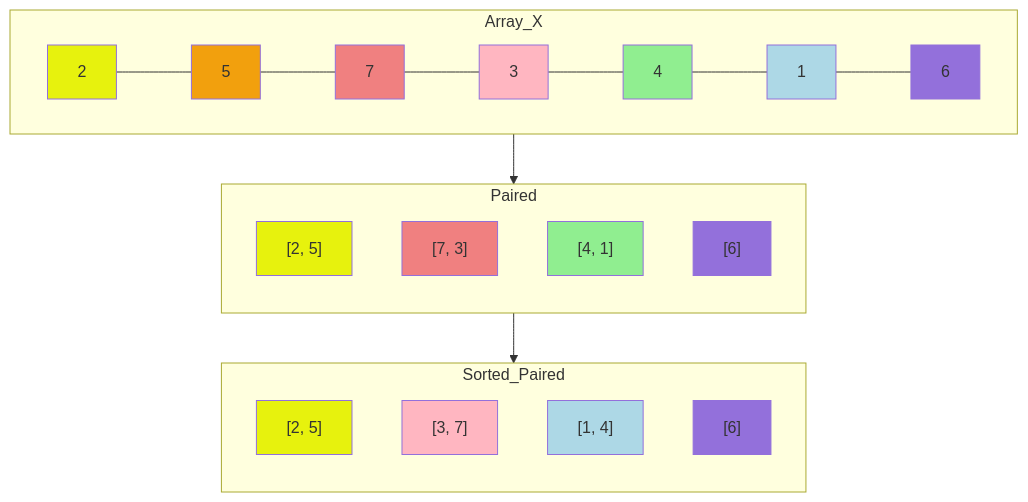
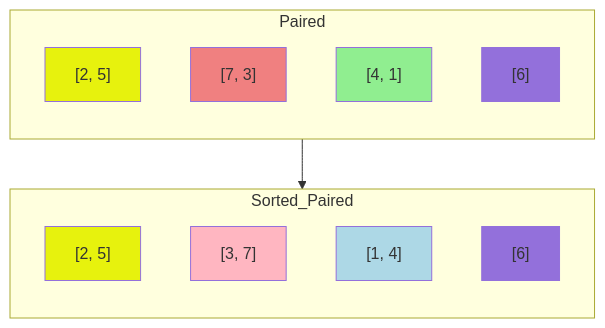
One commit to Tablerase/42_Projects changed the second of 4 diagrams in Projects/CPP_Modules/cpp-exercices.md. Above: the diagram before and after it, drawn with Mermaid. The commit also changed other lines of this file, not shown here.

````diff
--- a/Projects/CPP_Modules/cpp-exercices.md
+++ b/Projects/CPP_Modules/cpp-exercices.md
@@ -157,37 +159,26 @@
 ```mermaid
 graph TD
   classDef yellow fill:#e7f20d;
   classDef orange fill:#f2a00d;
   classDef lightcoral fill:LightCoral;
   classDef lightpink fill:LightPink;
   classDef lightgreen fill:LightGreen;
   classDef lightblue fill:LightBlue;
   classDef mediumpurple fill:MediumPurple;
-  subgraph Array_X
-    direction LR
-    Element1["2"]:::yellow
-    Element1 --- Element2["5"]:::orange
-    Element2 --- Element3["7"]:::lightcoral
-    Element3 --- Element4["3"]:::lightpink
-    Element4 --- Element5["4"]:::lightgreen
-    Element5 --- Element6["1"]:::lightblue
-    Element6 --- Element7["6"]:::mediumpurple
-  end
 
   subgraph Paired
     direction TB
     Pair1["[2, 5]"]:::yellow
     Pair2["[7, 3]"]:::lightcoral
     Pair3["[4, 1]"]:::lightgreen
     Pair4["[6]"]:::mediumpurple
   end
-  Array_X --> Paired
   Paired --> Sorted_Paired
   subgraph Sorted_Paired
     direction TB
     Sorted1["[2, 5]"]:::yellow
     Sorted2["[3, 7]"]:::lightpink
     Sorted3["[1, 4]"]:::lightblue
     Sorted4["[6]"]:::mediumpurple
   end
 ```
````
